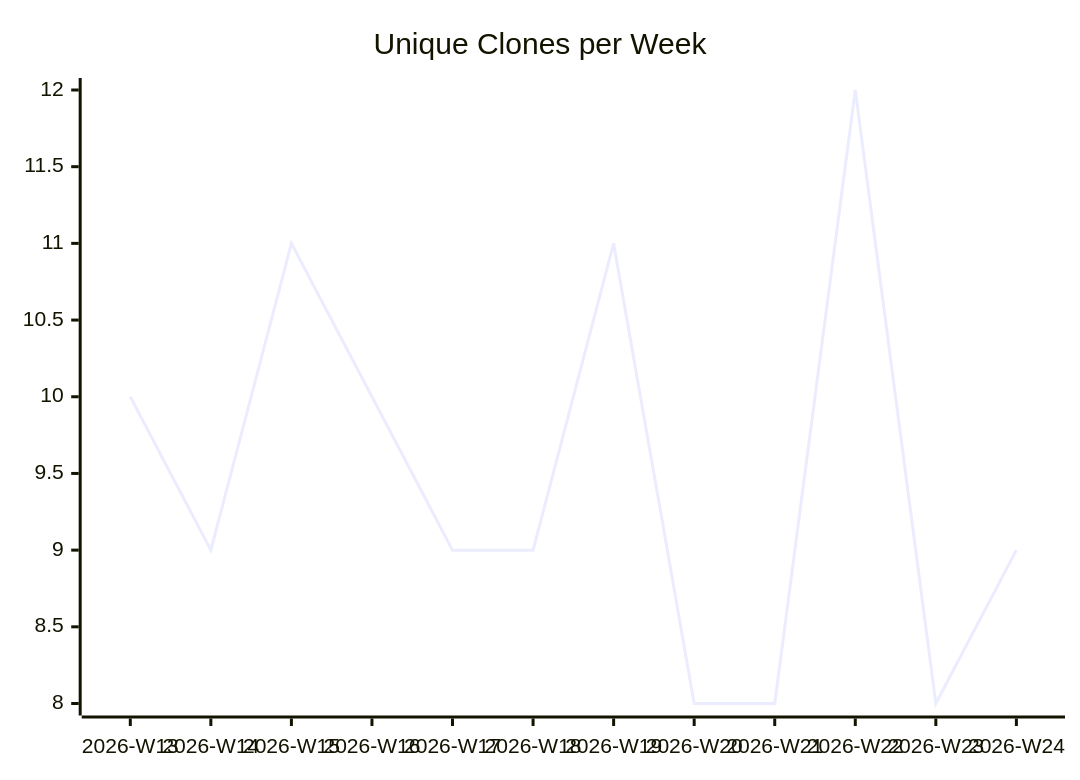
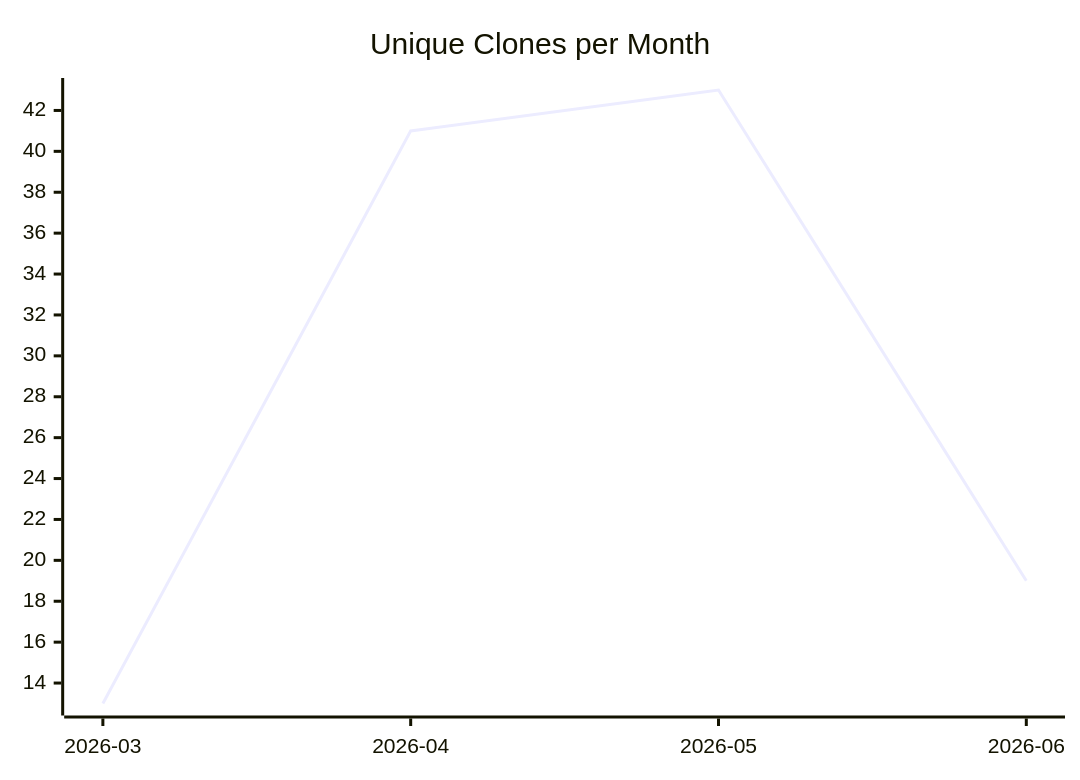
One commit to justdavis-family/github-analytics-data changed the third of 3 diagrams in karlmdavis/usgs-water-api-java/README.md. Above: the diagram before and after it, drawn with Mermaid. The commit also changed other lines of this file and 198 other files, not shown here.

````diff
--- a/karlmdavis/usgs-water-api-java/README.md
+++ b/karlmdavis/usgs-water-api-java/README.md
@@ -19,6 +19,6 @@
 ```mermaid
 xychart-beta
-  title "Unique Clones per Week"
-  x-axis ["2026-W13", "2026-W14", "2026-W15", "2026-W16", "2026-W17", "2026-W18", "2026-W19", "2026-W20", "2026-W21", "2026-W22", "2026-W23", "2026-W24"]
-  line [10, 9, 11, 10, 9, 9, 11, 8, 8, 12, 8, 9]
+  title "Unique Clones per Month"
+  x-axis ["2026-03", "2026-04", "2026-05", "2026-06"]
+  line [13, 41, 43, 19]
 ```
````
